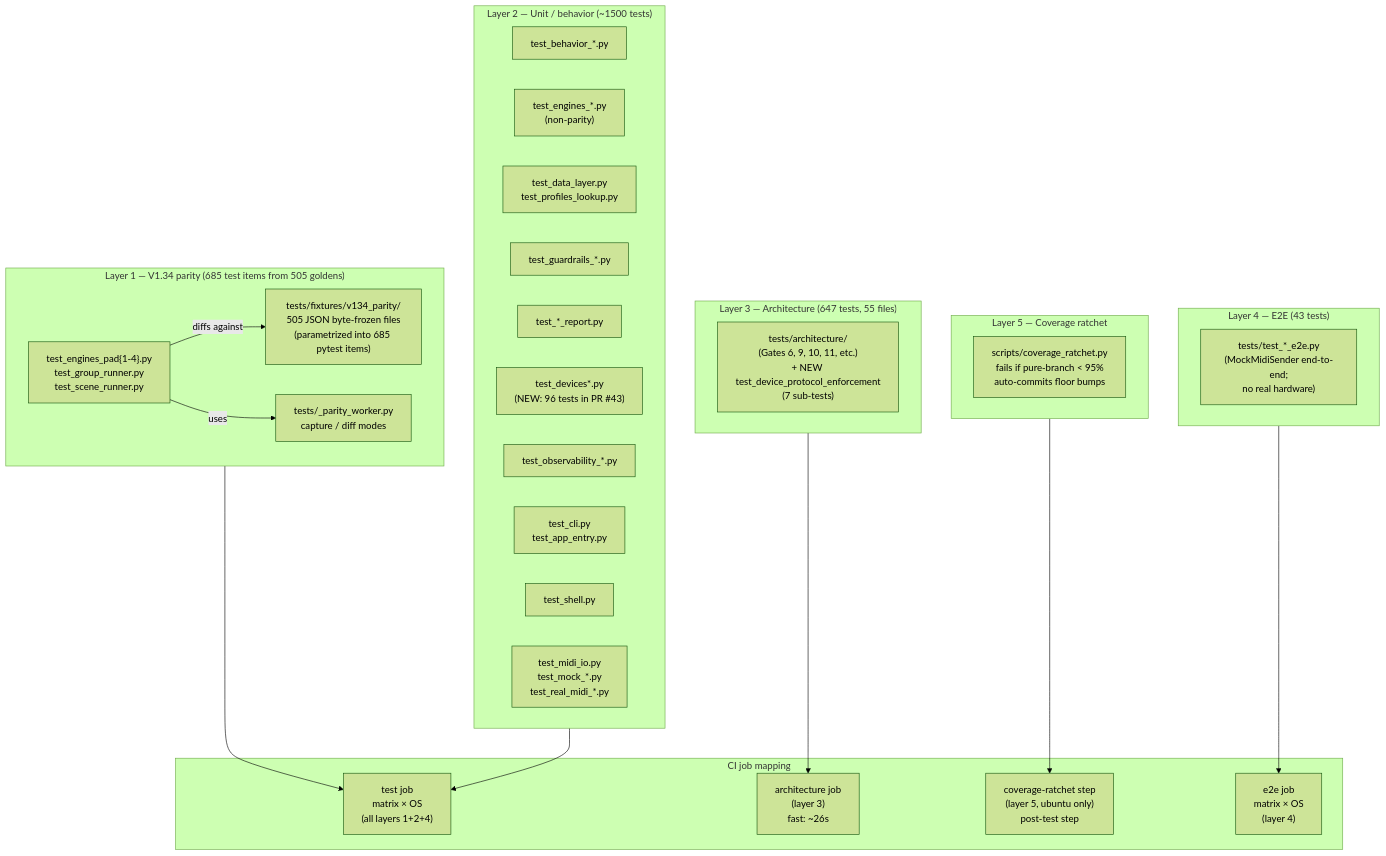
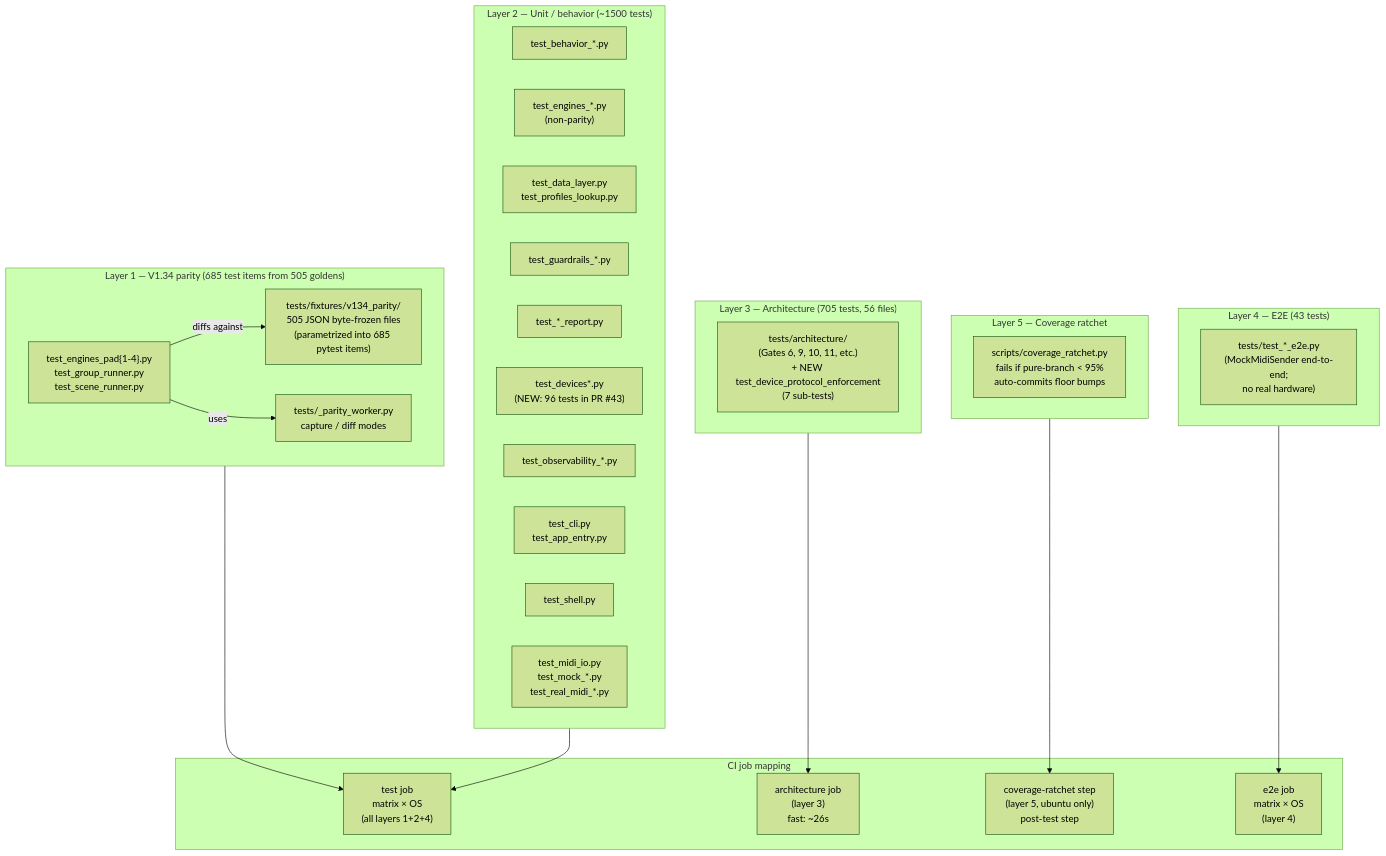
Diagram 13 of 34 in docs/ARCHITECTURE_DIAGRAMS.md (buzzijose-hub/RytmRandomizer), drawn with Mermaid (forest theme) before and after one commit. The commit also changed other lines of this file and 157 other files, not shown here.

````diff
--- a/docs/ARCHITECTURE_DIAGRAMS.md
+++ b/docs/ARCHITECTURE_DIAGRAMS.md
@@ -949,49 +979,49 @@
 ```mermaid
 flowchart TB
     subgraph Layer1["Layer 1 — V1.34 parity (685 test items from 505 goldens)"]
         Goldens["tests/fixtures/v134_parity/<br/>505 JSON byte-frozen files<br/>(parametrized into 685 pytest items)"]
         ParityTests["test_engines_pad{1-4}.py<br/>test_group_runner.py<br/>test_scene_runner.py"]
         ParityWorker["tests/_parity_worker.py<br/>capture / diff modes"]
     end
 
     subgraph Layer2["Layer 2 — Unit / behavior (~1500 tests)"]
         BehaviorTests["test_behavior_*.py"]
         EngineUnits["test_engines_*.py<br/>(non-parity)"]
         DataTests["test_data_layer.py<br/>test_profiles_lookup.py"]
         GuardrailsTests["test_guardrails_*.py"]
         ReportsTests["test_*_report.py"]
         DeviceTests["test_devices*.py<br/>(NEW: 96 tests in PR #43)"]
         ObservabilityTests["test_observability_*.py"]
         CliTests["test_cli.py<br/>test_app_entry.py"]
         ShellTests["test_shell.py"]
         MidiTests["test_midi_io.py<br/>test_mock_*.py<br/>test_real_midi_*.py"]
     end
 
-    subgraph Layer3["Layer 3 — Architecture (647 tests, 55 files)"]
+    subgraph Layer3["Layer 3 — Architecture (705 tests, 56 files)"]
         ArchTests["tests/architecture/<br/>(Gates 6, 9, 10, 11, etc.)<br/>+ NEW test_device_protocol_enforcement<br/>(7 sub-tests)"]
     end
 
     subgraph Layer4["Layer 4 — E2E (43 tests)"]
         E2ETests["tests/test_*_e2e.py<br/>(MockMidiSender end-to-end;<br/>no real hardware)"]
     end
 
     subgraph Layer5["Layer 5 — Coverage ratchet"]
         CovScript["scripts/coverage_ratchet.py<br/>fails if pure-branch < 95%<br/>auto-commits floor bumps"]
     end
 
     subgraph CIJobs["CI job mapping"]
         TestJob["test job<br/>matrix × OS<br/>(all layers 1+2+4)"]
         ArchJob["architecture job<br/>(layer 3)<br/>fast: ~26s"]
         CovJob["coverage-ratchet step<br/>(layer 5, ubuntu only)<br/>post-test step"]
         E2EJob["e2e job<br/>matrix × OS<br/>(layer 4)"]
     end
 
     Layer1 --> TestJob
     Layer2 --> TestJob
     Layer3 --> ArchJob
     Layer4 --> E2EJob
     Layer5 --> CovJob
 
     ParityTests -->|"diffs against"| Goldens
     ParityTests -->|"uses"| ParityWorker
 ```
````
